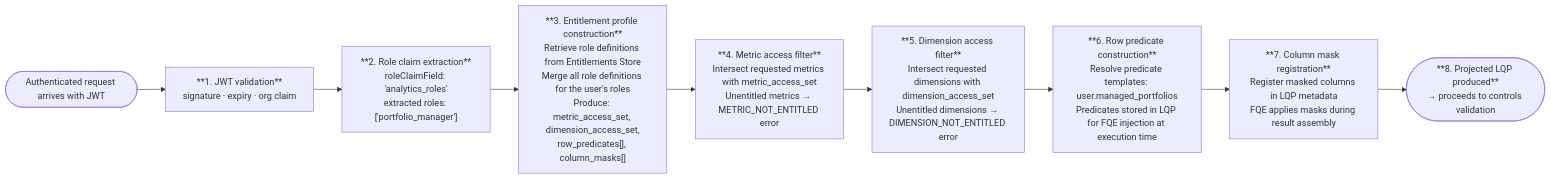
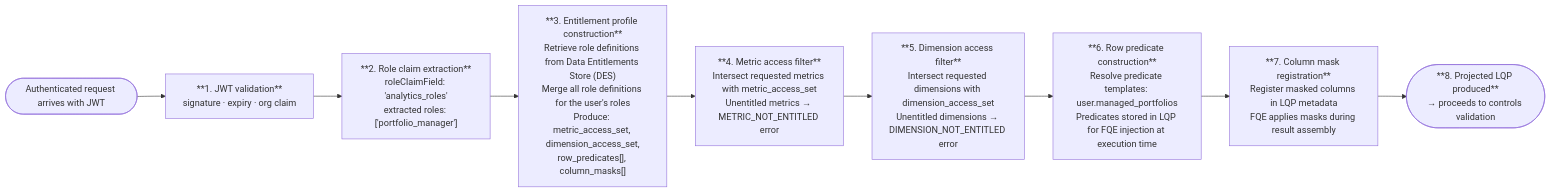
Before and after one commit to M-A-Operating-System/shared-work: the fifth of 8 diagrams in docs/product/analytics/02-core-capabilities.md, drawn with Mermaid. The commit also changed other lines of this file and 1 other file, not shown here.

First line of the commit message:
Rename Entitlements Store → Data Entitlements Store (DES)

````diff
--- a/docs/product/analytics/02-core-capabilities.md
+++ b/docs/product/analytics/02-core-capabilities.md
@@ -702,14 +702,14 @@
 ```mermaid
 flowchart LR
     START(["Authenticated request arrives with JWT"])
     S1["**1. JWT validation**\nsignature · expiry · org claim"]
     S2["**2. Role claim extraction**\nroleClaimField: 'analytics_roles'\nextracted roles: ['portfolio_manager']"]
-    S3["**3. Entitlement profile construction**\nRetrieve role definitions from Entitlements Store\nMerge all role definitions for the user's roles\nProduce: metric_access_set, dimension_access_set,\nrow_predicates[], column_masks[]"]
+    S3["**3. Entitlement profile construction**\nRetrieve role definitions from Data Entitlements Store (DES)\nMerge all role definitions for the user's roles\nProduce: metric_access_set, dimension_access_set,\nrow_predicates[], column_masks[]"]
     S4["**4. Metric access filter**\nIntersect requested metrics with metric_access_set\nUnentitled metrics → METRIC_NOT_ENTITLED error"]
     S5["**5. Dimension access filter**\nIntersect requested dimensions with dimension_access_set\nUnentitled dimensions → DIMENSION_NOT_ENTITLED error"]
     S6["**6. Row predicate construction**\nResolve predicate templates: user.managed_portfolios\nPredicates stored in LQP for FQE injection at execution time"]
     S7["**7. Column mask registration**\nRegister masked columns in LQP metadata\nFQE applies masks during result assembly"]
     S8(["**8. Projected LQP produced**\n→ proceeds to controls validation"])
 
     START --> S1 --> S2 --> S3 --> S4 --> S5 --> S6 --> S7 --> S8
 ```
````
